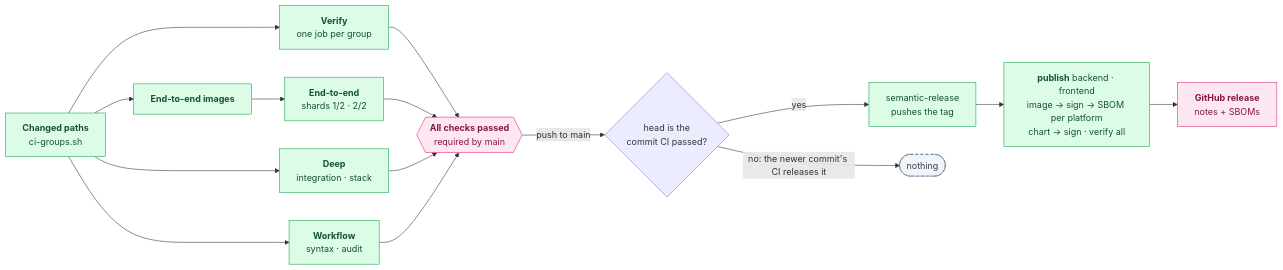
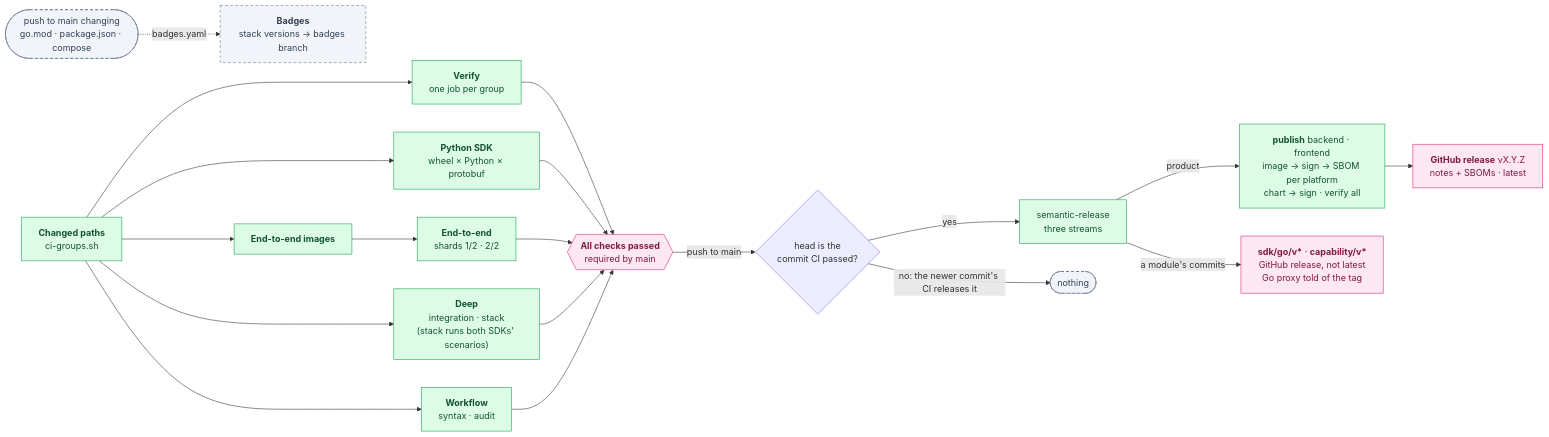
The diagram in docs/how-changes-land.md (oleg-tkachuk/paladin), drawn with Mermaid before and after one commit. The commit also changed 7 other files, not shown here.

First line of the commit message:
docs: bring the architecture and its diagrams up to the sdk work

````diff
--- a/docs/how-changes-land.md
+++ b/docs/how-changes-land.md
@@ -35,28 +35,34 @@
 ```mermaid
 flowchart LR
     chg["<b>Changed paths</b><br/>ci-groups.sh"]
     v["<b>Verify</b><br/>one job per group"]
+    py["<b>Python SDK</b><br/>wheel × Python × protobuf"]
     img["<b>End-to-end images</b>"]
     e2e["<b>End-to-end</b><br/>shards 1/2 · 2/2"]
-    deep["<b>Deep</b><br/>integration · stack"]
+    deep["<b>Deep</b><br/>integration · stack<br/>(stack runs both SDKs' scenarios)"]
     wf["<b>Workflow</b><br/>syntax · audit"]
     ok{{"<b>All checks passed</b><br/>required by main"}}
     head{"head is the<br/>commit CI passed?"}
-    tag["semantic-release<br/>pushes the tag"]
+    tag["semantic-release<br/>three streams"]
     pub["<b>publish</b> backend · frontend<br/>image → sign → SBOM per platform<br/>chart → sign · verify all"]
-    ann["<b>GitHub release</b><br/>notes + SBOMs"]
+    ann["<b>GitHub release</b> vX.Y.Z<br/>notes + SBOMs · latest"]
+    mods["<b>sdk/go/v*</b> · <b>capability/v*</b><br/>GitHub release, not latest<br/>Go proxy told of the tag"]
+    badges["<b>Badges</b><br/>stack versions → badges branch"]
 
-    chg --> v & img & deep & wf
+    chg --> v & py & img & deep & wf
     img --> e2e
-    v & e2e & deep & wf --> ok
+    v & py & e2e & deep & wf --> ok
     ok -- "push to main" --> head
-    head -- yes --> tag --> pub --> ann
+    head -- yes --> tag
+    tag -- "product" --> pub --> ann
+    tag -- "a module's commits" --> mods
     head -- "no: the newer commit's CI releases it" --> skip(["nothing"])
+    pin(["push to main changing<br/>go.mod · package.json · compose"]) -. "badges.yaml" .-> badges
 
     classDef role fill:#DCFCE7,stroke:#16A34A,color:#14532D
     classDef optional fill:#F1F5F9,stroke:#64748B,color:#334155,stroke-dasharray:5 4
     classDef external fill:#FCE7F3,stroke:#DB2777,color:#831843
-    class chg,v,img,e2e,deep,wf,tag,pub role
-    class skip optional
-    class ok,ann external
+    class chg,v,py,img,e2e,deep,wf,tag,pub role
+    class skip,badges,pin optional
+    class ok,ann,mods external
 ```
````
